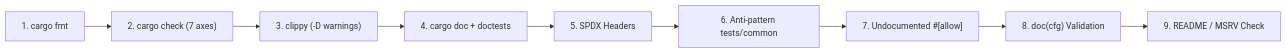
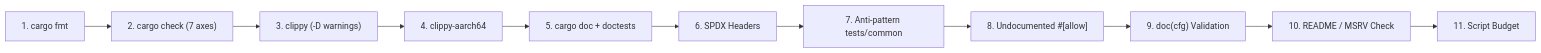
One commit to fabiohl/NeuralAmpModeler-rs changed the first of 2 diagrams in docs/testing.md. Above: the diagram before and after it, drawn with Mermaid. The commit also changed other lines of this file and 123 other files, not shown here.

````diff
--- a/docs/testing.md
+++ b/docs/testing.md
@@ -46,11 +46,13 @@
 ```mermaid
 graph LR
     L1["1. cargo fmt"] --> L2["2. cargo check (7 axes)"]
     L2 --> L3["3. clippy (-D warnings)"]
-    L3 --> L4["4. cargo doc + doctests"]
-    L4 --> L5["5. SPDX Headers"]
-    L5 --> L6["6. Anti-pattern tests/common"]
-    L6 --> L7["7. Undocumented #[allow]"]
-    L7 --> L8["8. doc(cfg) Validation"]
-    L8 --> L9["9. README / MSRV Check"]
+    L3 --> L4["4. clippy-aarch64"]
+    L4 --> L5["5. cargo doc + doctests"]
+    L5 --> L6["6. SPDX Headers"]
+    L6 --> L7["7. Anti-pattern tests/common"]
+    L7 --> L8["8. Undocumented #[allow]"]
+    L8 --> L9["9. doc(cfg) Validation"]
+    L9 --> L10["10. README / MSRV Check"]
+    L10 --> L11["11. Script Budget"]
 ```
````
